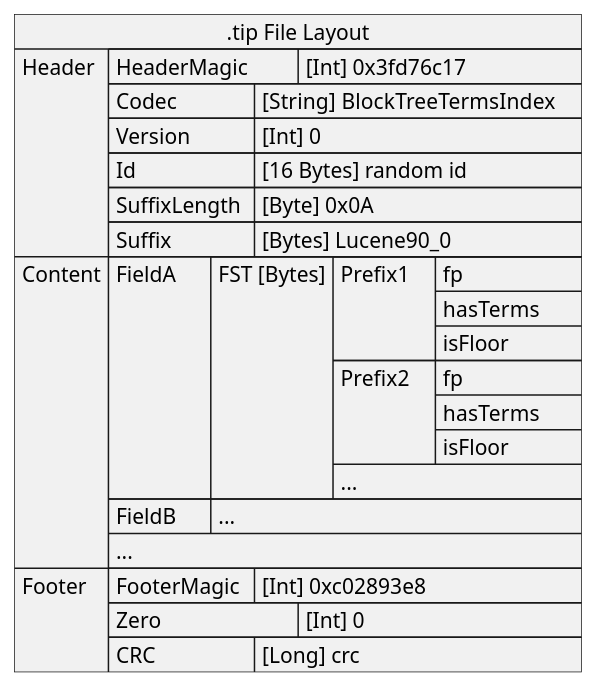
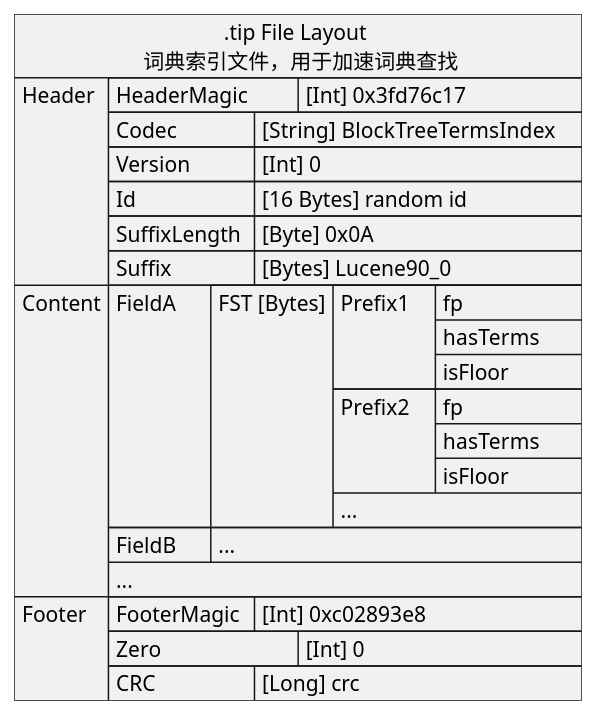
Before and after one commit to big-peter/lucene: the diagram in uml/fileLayout/05.tip.puml, drawn with PlantUML. The commit also changed 7 other files, not shown here.

Commit message:
add uml desc

```diff
--- a/uml/fileLayout/05.tip.puml
+++ b/uml/fileLayout/05.tip.puml
@@ -15,28 +15,28 @@
 @startuml
-json ".tip File Layout" as J {
+json ".tip File Layout \n 词典索引文件，用于加速词典查找" as J {
    "Header":[
       {"HeaderMagic\t": "[Int] 0x3fd76c17"},
       {"Codec\t\t": "[String] BlockTreeTermsIndex"},
       {"Version\t\t": "[Int] 0"},
       {"Id\t\t\t": "[16 Bytes] random id"},
       {"SuffixLength\t": "[Byte] 0x0A"},
       {"Suffix\t\t": "[Bytes] Lucene90_0"}
    ],
    "Content":[
       {"FieldA\t": [
          {"FST [Bytes]": [
             {"Prefix1\t": ["fp", "hasTerms\t", "isFloor"]},
             {"Prefix2\t": ["fp", "hasTerms\t", "isFloor"]},
             "..."
          ]}
       ]},
       {"FieldB\t":["..."]},
       "..."
    ],
    "Footer":[
       {"FooterMagic\t": "[Int] 0xc02893e8"},
       {"Zero\t\t\t": "[Int] 0"},
       {"CRC\t\t\t": "[Long] crc"}
    ]
 }
 @enduml
```
